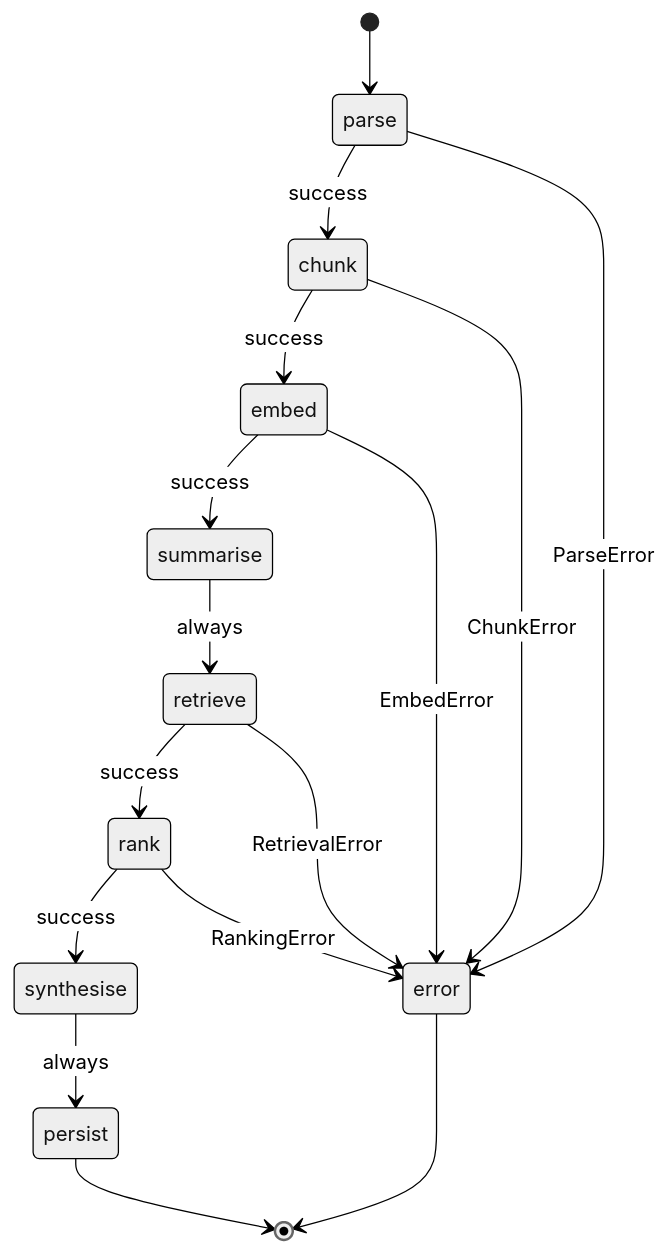
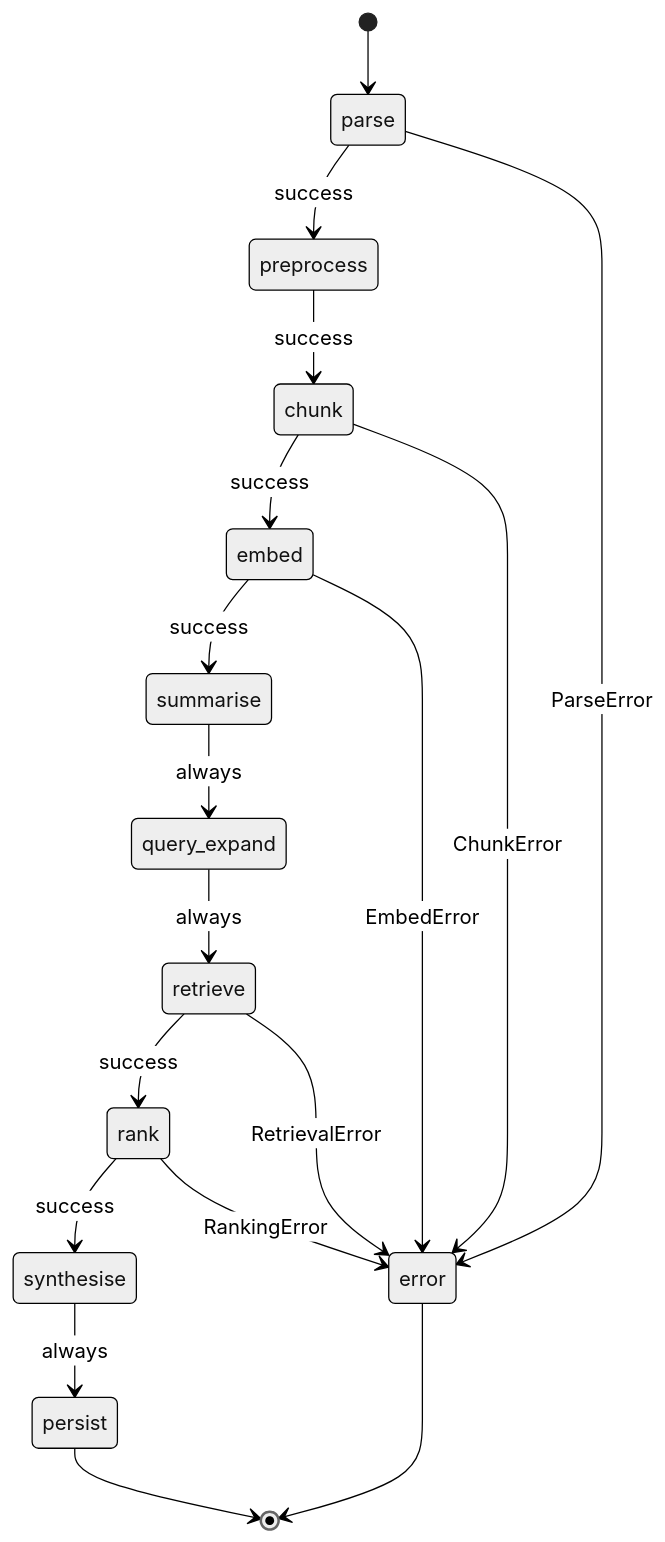
Before and after one commit to Soul-Eater69/value-stream-rag: the sixth of 8 diagrams in docs/ARCHITECTURE.md, drawn with Mermaid (neutral theme). The commit also changed other lines of this file, not shown here.

First line of the commit message:
docs: incorporate architecture review feedback into ARCHITECTURE.md

````diff
--- a/docs/ARCHITECTURE.md
+++ b/docs/ARCHITECTURE.md
@@ -484,23 +590,27 @@
 ```mermaid
 stateDiagram-v2
     [*] --> parse
-    parse --> chunk : success
+    parse --> preprocess : success
     parse --> error : ParseError
+
+    preprocess --> chunk : success
 
     chunk --> embed : success
     chunk --> error : ChunkError
 
     embed --> summarise : success
     embed --> error : EmbedError
 
-    summarise --> retrieve : always
+    summarise --> query_expand : always
+    query_expand --> retrieve : always
+
     retrieve --> rank : success
     retrieve --> error : RetrievalError
 
     rank --> synthesise : success
     rank --> error : RankingError
 
     synthesise --> persist : always
     persist --> [*]
     error --> [*]
 ```
````
